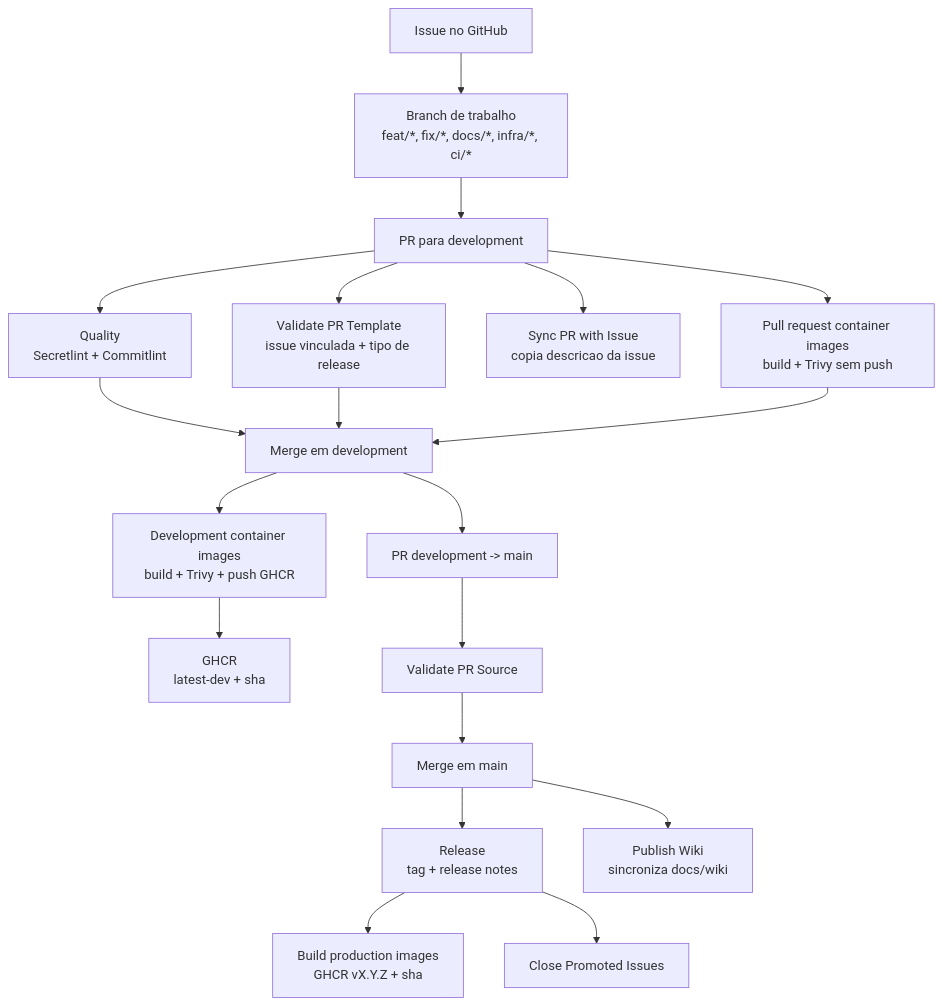
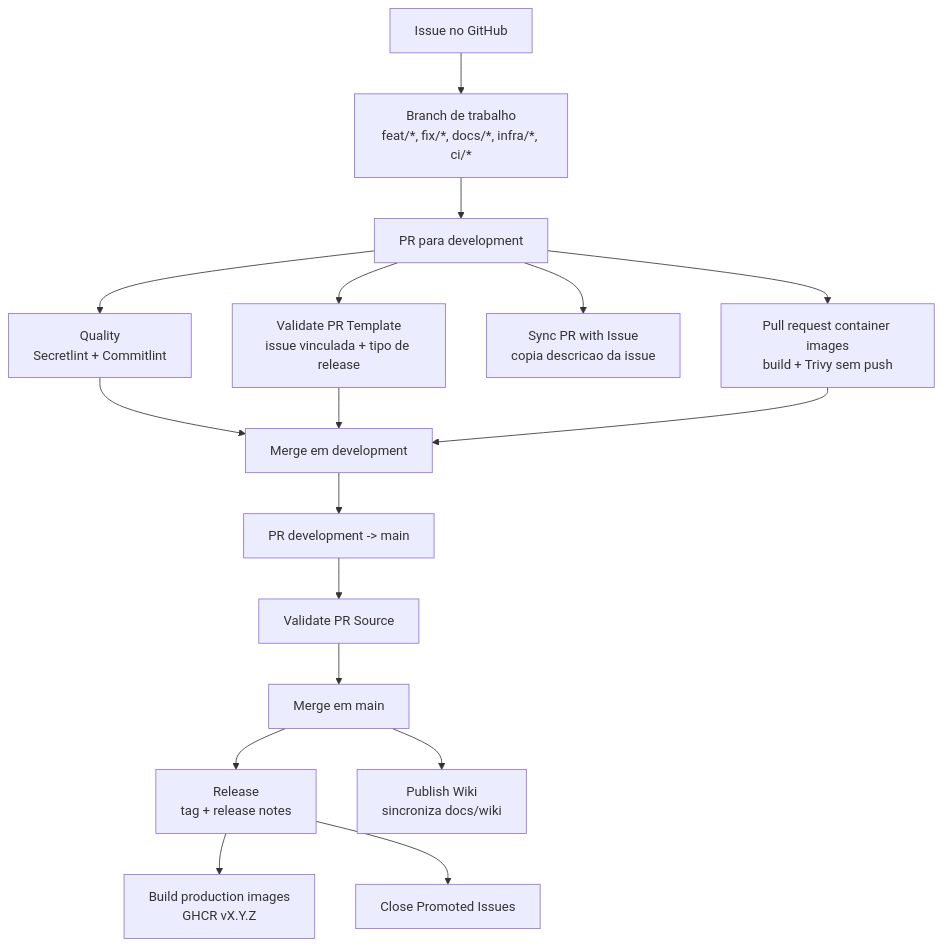
One commit to ifpebj-ti/inventario-patrimonio-cces changed the first of 4 diagrams in docs/wiki/Esteira-de-CI-CD.md. Above: the diagram before and after it, drawn with Mermaid. The commit also changed other lines of this file and 4 other files, not shown here.

````diff
--- a/docs/wiki/Esteira-de-CI-CD.md
+++ b/docs/wiki/Esteira-de-CI-CD.md
@@ -9,37 +9,34 @@
 ```mermaid
 flowchart TD
     issue["Issue no GitHub"]
     branch["Branch de trabalho<br/>feat/*, fix/*, docs/*, infra/*, ci/*"]
     prdev["PR para development"]
     quality["Quality<br/>Secretlint + Commitlint"]
     prtemplate["Validate PR Template<br/>issue vinculada + tipo de release"]
     syncissue["Sync PR with Issue<br/>copia descricao da issue"]
     primages["Pull request container images<br/>build + Trivy sem push"]
     mergeDev["Merge em development"]
-    devImages["Development container images<br/>build + Trivy + push GHCR"]
-    ghcrDev["GHCR<br/>latest-dev + sha"]
     prmain["PR development -> main"]
     sourceCheck["Validate PR Source"]
     mergeMain["Merge em main"]
     release["Release<br/>tag + release notes"]
-    prodImages["Build production images<br/>GHCR vX.Y.Z + sha"]
+    prodImages["Build production images<br/>GHCR vX.Y.Z"]
     wiki["Publish Wiki<br/>sincroniza docs/wiki"]
     closeIssues["Close Promoted Issues"]
 
     issue --> branch --> prdev
     prdev --> quality
     prdev --> prtemplate
     prdev --> syncissue
     prdev --> primages
     quality --> mergeDev
     prtemplate --> mergeDev
     primages --> mergeDev
-    mergeDev --> devImages --> ghcrDev
     mergeDev --> prmain
     prmain --> sourceCheck
     sourceCheck --> mergeMain
     mergeMain --> release
     mergeMain --> wiki
     release --> prodImages
     release --> closeIssues
 ```
````
